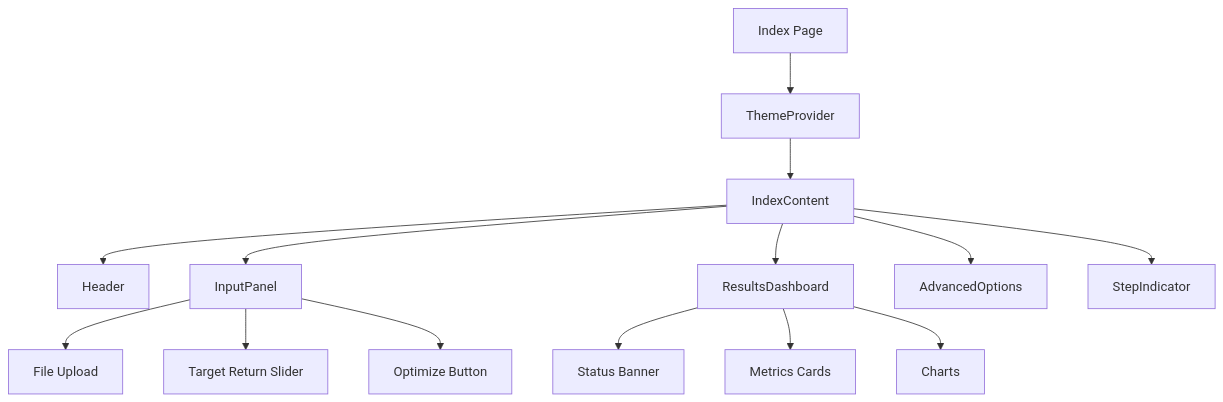
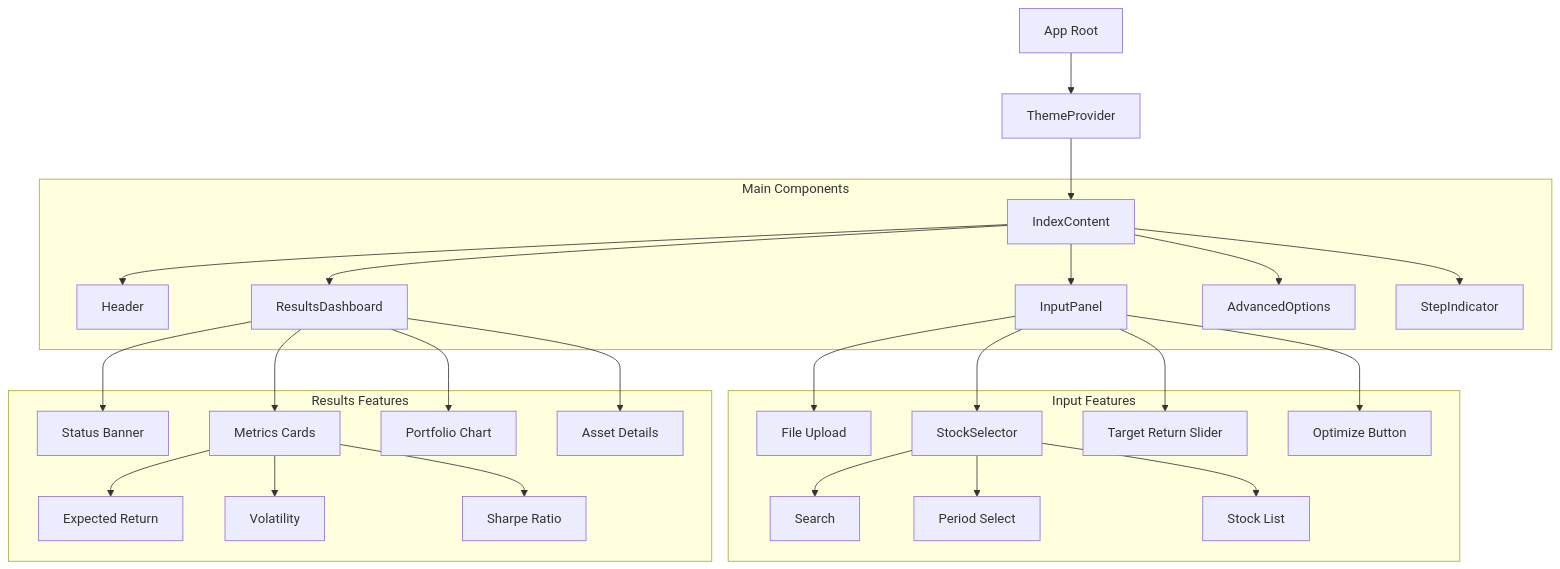
The third of 4 diagrams in TECHNICAL_DOCUMENTATION.md (EmbeddedMhawar/0.1-Portfolio-Optimization--Lovable-), drawn with Mermaid before and after one commit. The commit also changed other lines of this file, not shown here.

````diff
--- a/TECHNICAL_DOCUMENTATION.md
+++ b/TECHNICAL_DOCUMENTATION.md
@@ -64,18 +84,35 @@
 ```mermaid
 graph TD
-    A[Index Page] --> B[ThemeProvider]
+    A[App Root] --> B[ThemeProvider]
     B --> C[IndexContent]
-    C --> D[Header]
-    C --> E[InputPanel]
-    C --> F[ResultsDashboard]
-    C --> G[AdvancedOptions]
-    C --> H[StepIndicator]
     
-    E --> I[File Upload]
-    E --> J[Target Return Slider]
-    E --> K[Optimize Button]
+    subgraph Main Components
+        C --> D[Header]
+        C --> E[InputPanel]
+        C --> F[ResultsDashboard]
+        C --> G[AdvancedOptions]
+        C --> H[StepIndicator]
+    end
     
-    F --> L[Status Banner]
-    F --> M[Metrics Cards]
-    F --> N[Charts]
+    subgraph Input Features
+        E --> I[File Upload]
+        E --> J[StockSelector]
+        E --> K[Target Return Slider]
+        E --> L[Optimize Button]
+        
+        J --> M[Search]
+        J --> N[Period Select]
+        J --> O[Stock List]
+    end
+    
+    subgraph Results Features
+        F --> P[Status Banner]
+        F --> Q[Metrics Cards]
+        F --> R[Portfolio Chart]
+        F --> S[Asset Details]
+        
+        Q --> T[Expected Return]
+        Q --> U[Volatility]
+        Q --> V[Sharpe Ratio]
+    end
 ```
````
